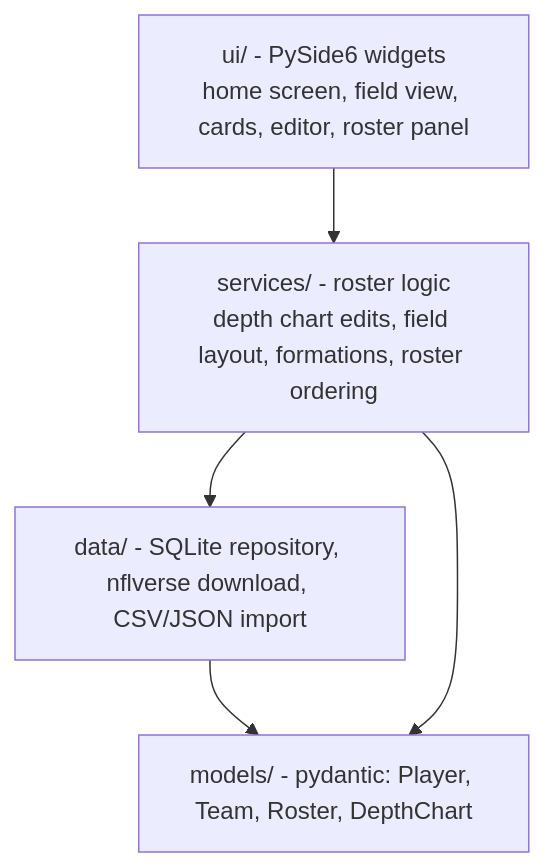
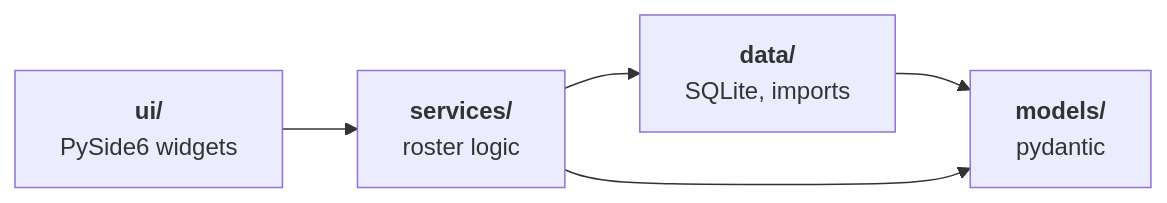
The diagram in README.md (gabehowell11/roster-manager), drawn with Mermaid before and after one commit. The commit also changed other lines of this file, not shown here.

Commit message:
docs: simplify the architecture diagram so it reads left to right

````diff
--- a/README.md
+++ b/README.md
@@ -94,9 +94,9 @@
 ```mermaid
-flowchart TD
-    UI["ui/ - PySide6 widgets<br/>home screen, field view, cards, editor, roster panel"]
-    SVC["services/ - roster logic<br/>depth chart edits, field layout, formations, roster ordering"]
-    DATA["data/ - SQLite repository, nflverse download, CSV/JSON import"]
-    MODELS["models/ - pydantic: Player, Team, Roster, DepthChart"]
+flowchart LR
+    UI["<b>ui/</b><br/>PySide6 widgets"]
+    SVC["<b>services/</b><br/>roster logic"]
+    DATA["<b>data/</b><br/>SQLite, imports"]
+    MODELS["<b>models/</b><br/>pydantic"]
     UI --> SVC --> DATA --> MODELS
     SVC --> MODELS
 ```
````
